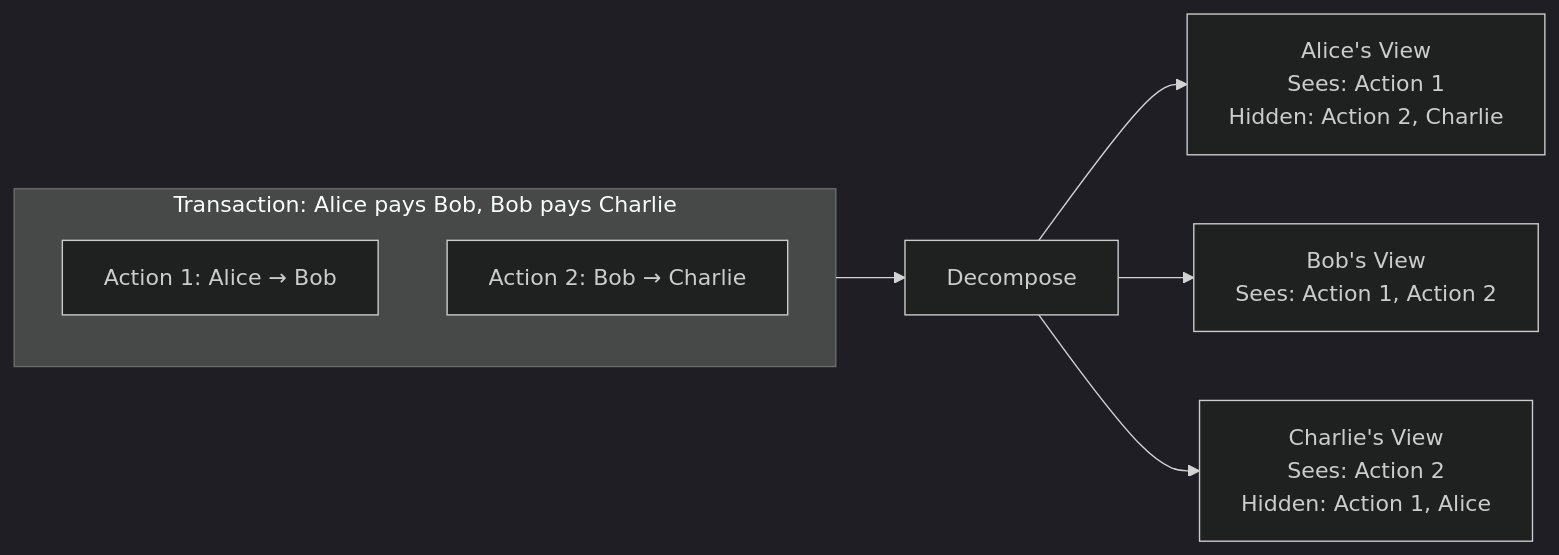
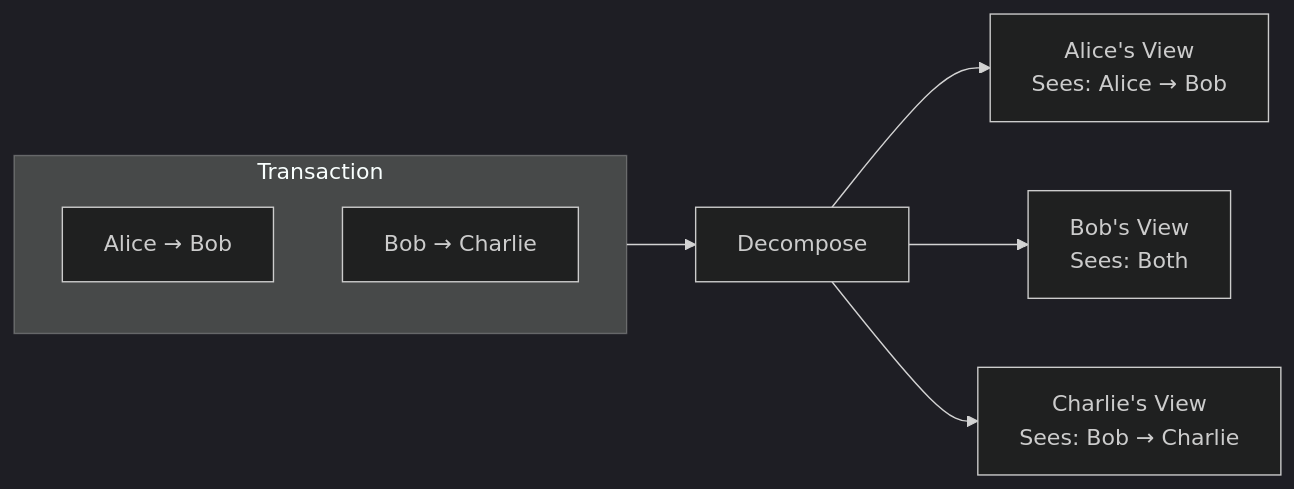
The first of 4 diagrams in docs-main/overview/understand/cantons-solution.mdx (canton-network/cf-docs), drawn with Mermaid (dark theme) before and after one commit. The commit also changed other lines of this file and 24 other files, not shown here.

````diff
--- a/docs-main/overview/understand/cantons-solution.mdx
+++ b/docs-main/overview/understand/cantons-solution.mdx
@@ -22,14 +25,14 @@
 ```mermaid
 flowchart LR
-    subgraph TX[Transaction: Alice pays Bob, Bob pays Charlie]
+    subgraph TX[Transaction]
         direction TB
-        A1[Action 1: Alice → Bob]
-        A2[Action 2: Bob → Charlie]
+        A1[Alice → Bob]
+        A2[Bob → Charlie]
     end
 
     TX --> DECOMP[Decompose]
 
-    DECOMP --> VA[Alice's View<br>Sees: Action 1<br>Hidden: Action 2, Charlie]
-    DECOMP --> VB[Bob's View<br>Sees: Action 1, Action 2]
-    DECOMP --> VC[Charlie's View<br>Sees: Action 2<br>Hidden: Action 1, Alice]
+    DECOMP --> VA[Alice's View<br>Sees: Alice → Bob]
+    DECOMP --> VB[Bob's View<br>Sees: Both]
+    DECOMP --> VC[Charlie's View<br>Sees: Bob → Charlie]
 ```
````
